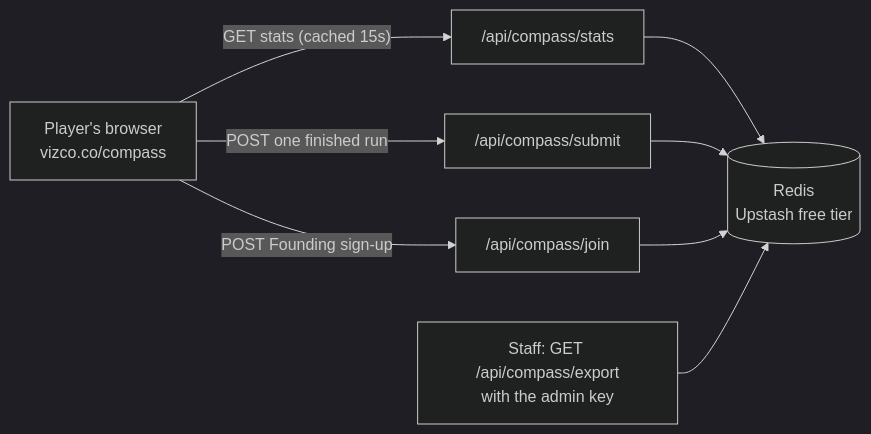
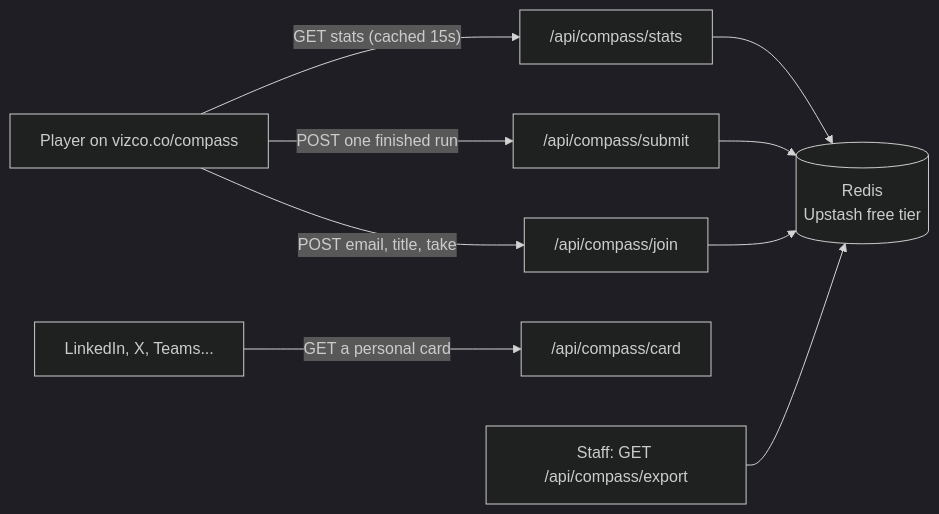
One commit to tanaybaswa/vizco_website-tanay changed the second of 2 diagrams in docs/ai-cover-compass.md. Above: the diagram before and after it, drawn with Mermaid (dark theme). The commit also changed other lines of this file and 22 other files, not shown here.

````diff
--- a/docs/ai-cover-compass.md
+++ b/docs/ai-cover-compass.md
@@ -175,10 +177,11 @@
 ```mermaid
 flowchart LR
-  P["Player's browser<br/>vizco.co/compass"] -- "GET stats (cached 15s)" --> S["/api/compass/stats"]
+  P["Player on vizco.co/compass"] -- "GET stats (cached 15s)" --> S["/api/compass/stats"]
   P -- "POST one finished run" --> U["/api/compass/submit"]
-  P -- "POST Founding sign-up" --> J["/api/compass/join"]
+  P -- "POST email, title, take" --> J["/api/compass/join"]
+  L["LinkedIn, X, Teams..."] -- "GET a personal card" --> C["/api/compass/card"]
   S --> R[("Redis<br/>Upstash free tier")]
   U --> R
   J --> R
-  X["Staff: GET /api/compass/export<br/>with the admin key"] --> R
+  X["Staff: GET /api/compass/export"] --> R
 ```
````
